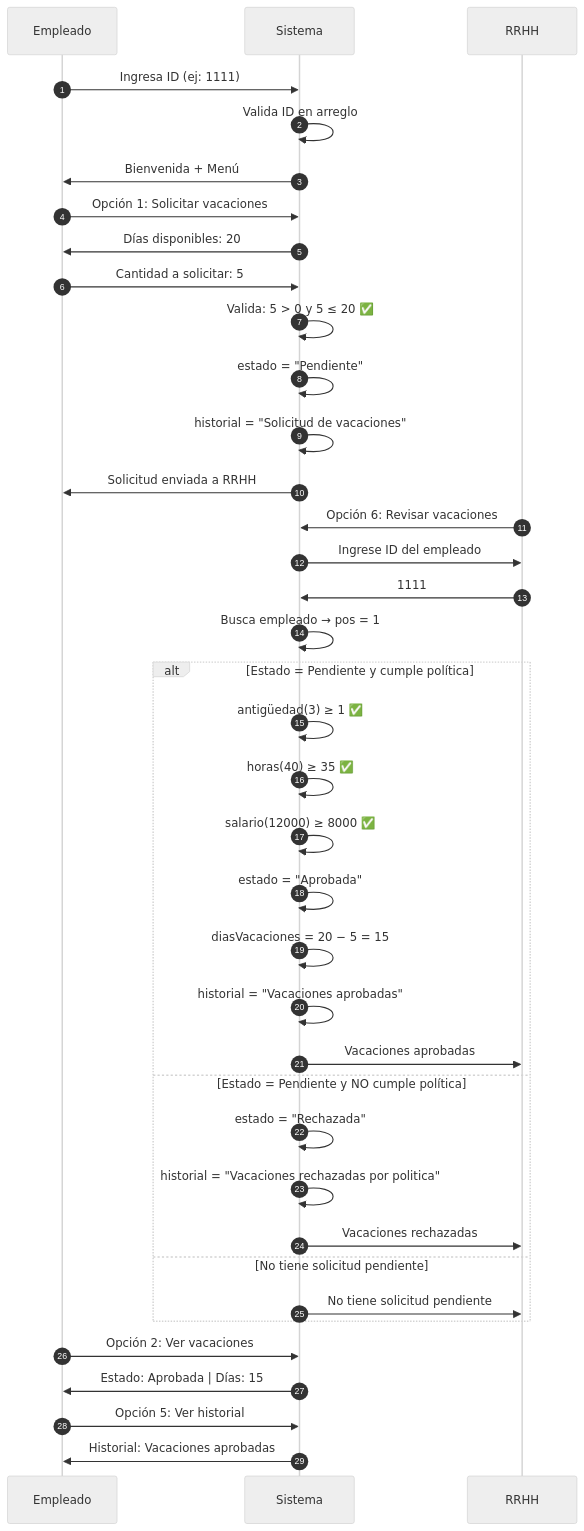
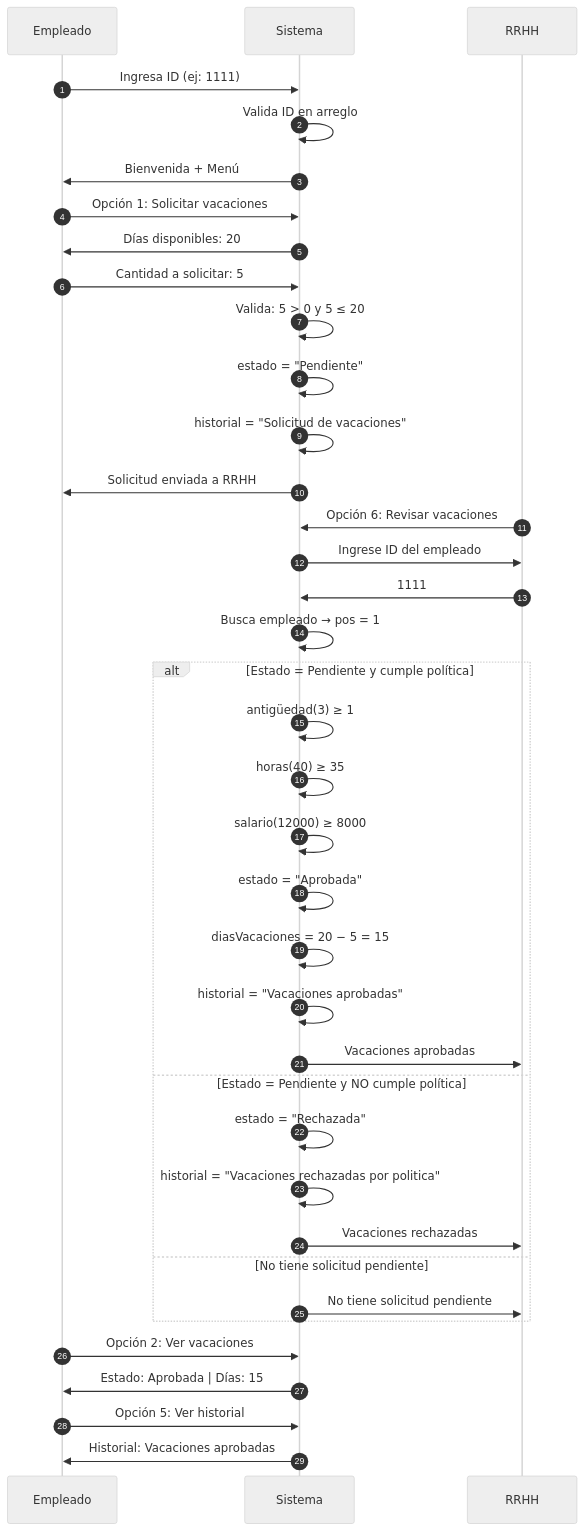
One commit to Jositz/Sistema-Gestion-Recursos-Humanos changed the third of 5 diagrams in Diagrama_Aprobacion_Vacaciones.md. Above: the diagram before and after it, drawn with Mermaid (neutral theme). The commit also changed other lines of this file, not shown here.

````diff
--- a/Diagrama_Aprobacion_Vacaciones.md
+++ b/Diagrama_Aprobacion_Vacaciones.md
@@ -96,47 +96,47 @@
 ```mermaid
 sequenceDiagram
     autonumber
     participant E as Empleado
     participant S as Sistema
     participant R as RRHH
 
     E->>S: Ingresa ID (ej: 1111)
     S->>S: Valida ID en arreglo
     S->>E: Bienvenida + Menú
 
     E->>S: Opción 1: Solicitar vacaciones
     S->>E: Días disponibles: 20
 
     E->>S: Cantidad a solicitar: 5
-    S->>S: Valida: 5 > 0 y 5 ≤ 20 ✅
+    S->>S: Valida: 5 > 0 y 5 ≤ 20 
     S->>S: estado = "Pendiente"
     S->>S: historial = "Solicitud de vacaciones"
     S->>E: Solicitud enviada a RRHH
 
     R->>S: Opción 6: Revisar vacaciones
     S->>R: Ingrese ID del empleado
     R->>S: 1111
     S->>S: Busca empleado → pos = 1
 
     alt Estado = Pendiente y cumple política
-        S->>S: antigüedad(3) ≥ 1 ✅
-        S->>S: horas(40) ≥ 35 ✅
-        S->>S: salario(12000) ≥ 8000 ✅
+        S->>S: antigüedad(3) ≥ 1 
+        S->>S: horas(40) ≥ 35 
+        S->>S: salario(12000) ≥ 8000 
         S->>S: estado = "Aprobada"
         S->>S: diasVacaciones = 20 − 5 = 15
         S->>S: historial = "Vacaciones aprobadas"
         S->>R: Vacaciones aprobadas
     else Estado = Pendiente y NO cumple política
         S->>S: estado = "Rechazada"
         S->>S: historial = "Vacaciones rechazadas por politica"
         S->>R: Vacaciones rechazadas
     else No tiene solicitud pendiente
         S->>R: No tiene solicitud pendiente
     end
 
     E->>S: Opción 2: Ver vacaciones
     S->>E: Estado: Aprobada | Días: 15
 
     E->>S: Opción 5: Ver historial
     S->>E: Historial: Vacaciones aprobadas
 ```
````
